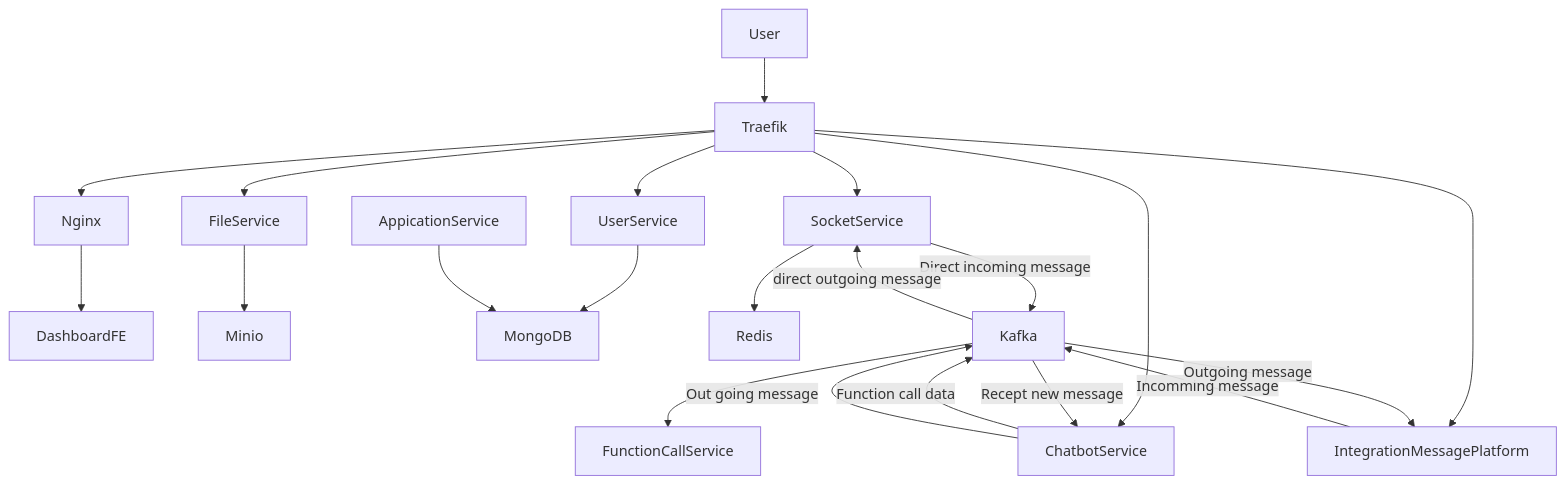
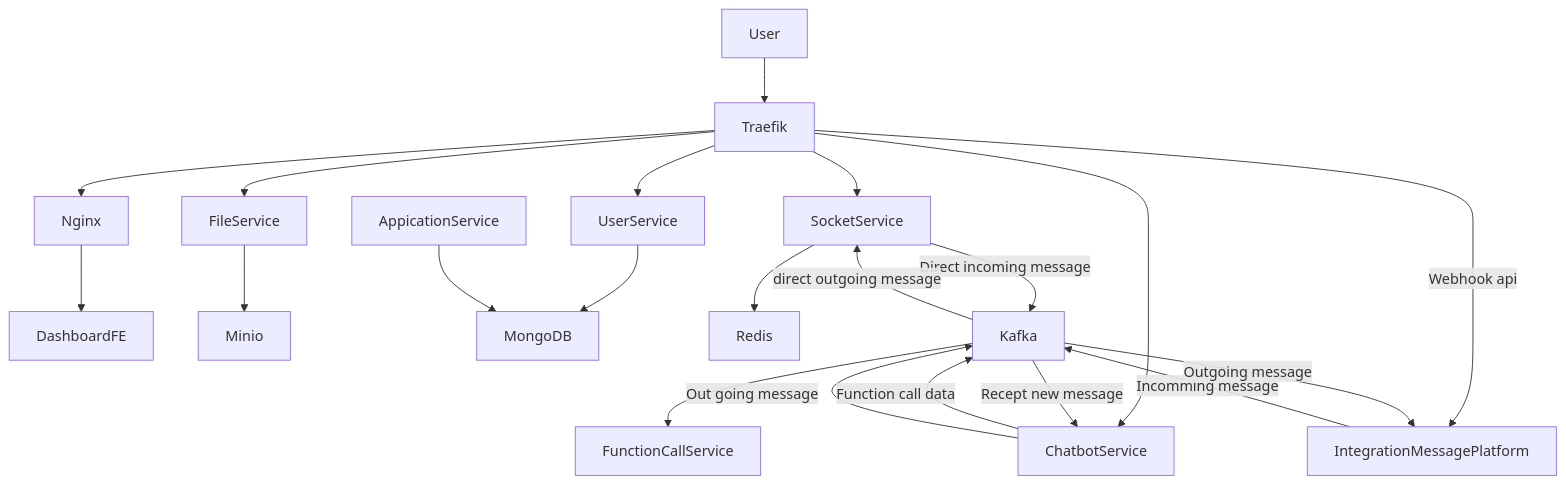
One commit to AI-and-Microservices/ai-system-architecture changed the diagram in architecture.md. Above: the diagram before and after it, drawn with Mermaid.

````diff
--- a/architecture.md
+++ b/architecture.md
@@ -5,24 +5,24 @@
 ```mermaid
 flowchart TB
     User --> Traefik
     Traefik --> Nginx
     Traefik --> FileService
     Traefik --> UserService
     Traefik --> SocketService
     Traefik --> ChatbotService
-    Traefik --> IntegrationMessagePlatform
+    Traefik --> | Webhook api | IntegrationMessagePlatform
 
     Nginx --> DashboardFE
     FileService --> Minio
     UserService --> MongoDB
     SocketService --> Redis
     SocketService --> |Direct incoming message| Kafka
     AppicationService --> MongoDB
     Kafka --> FunctionCallService
     ChatbotService --> |Function call data| Kafka
     IntegrationMessagePlatform --> |Incomming message| Kafka
     Kafka --> |Recept new message| ChatbotService
     ChatbotService -->|Out going message| Kafka
     Kafka --> |direct outgoing message| SocketService
     Kafka --> |Outgoing message| IntegrationMessagePlatform
 ```
````
